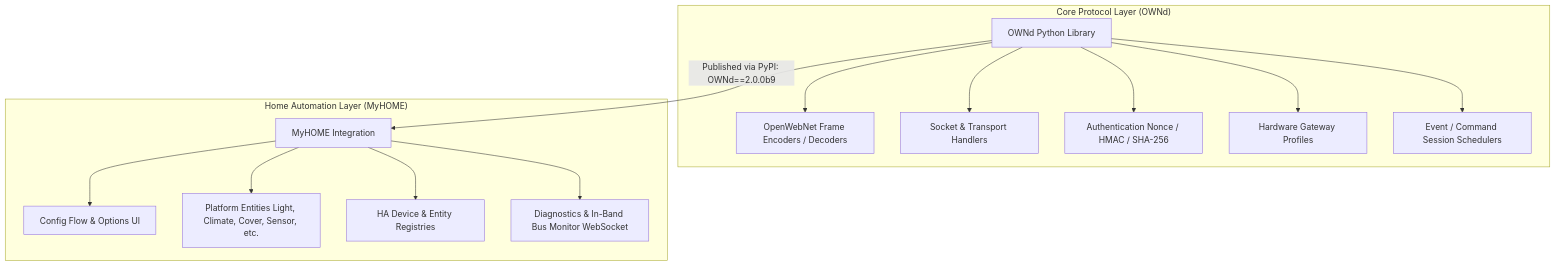
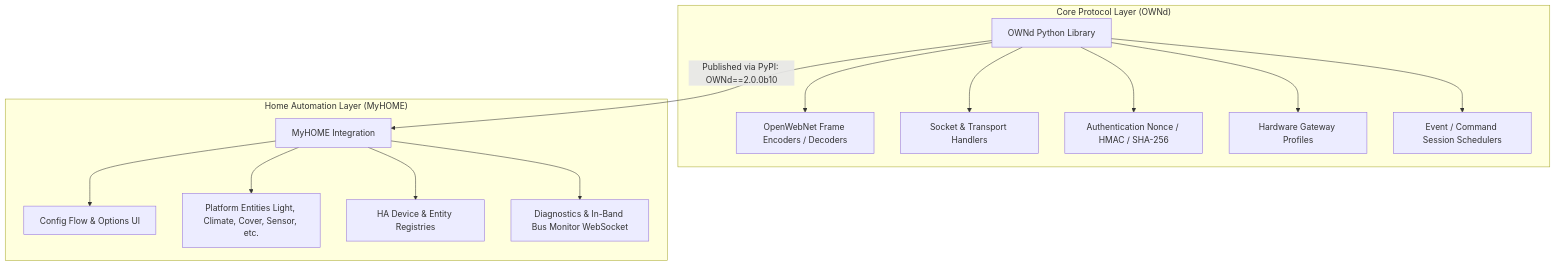
Before and after one commit to GreenGrassBlueOcean/MyHOME: the first of 2 diagrams in docs/architecture/anti-drift-safeguards.md, drawn with Mermaid. The commit also changed other lines of this file and 7 other files, not shown here.

````diff
--- a/docs/architecture/anti-drift-safeguards.md
+++ b/docs/architecture/anti-drift-safeguards.md
@@ -11,19 +11,19 @@
 ```mermaid
 graph TD
     subgraph "Core Protocol Layer (OWNd)"
         A[OWNd Python Library] --> A1[OpenWebNet Frame Encoders / Decoders]
         A --> A2[Socket & Transport Handlers]
         A --> A3[Authentication Nonce / HMAC / SHA-256]
         A --> A4[Hardware Gateway Profiles]
         A --> A5[Event / Command Session Schedulers]
     end
 
     subgraph "Home Automation Layer (MyHOME)"
         B[MyHOME Integration] --> B1[Config Flow & Options UI]
         B --> B2[Platform Entities Light, Climate, Cover, Sensor, etc.]
         B --> B3[HA Device & Entity Registries]
         B --> B4[Diagnostics & In-Band Bus Monitor WebSocket]
     end
 
-    A -->|Published via PyPI: OWNd==2.0.0b9| B
+    A -->|Published via PyPI: OWNd==2.0.0b10| B
 ```
````
